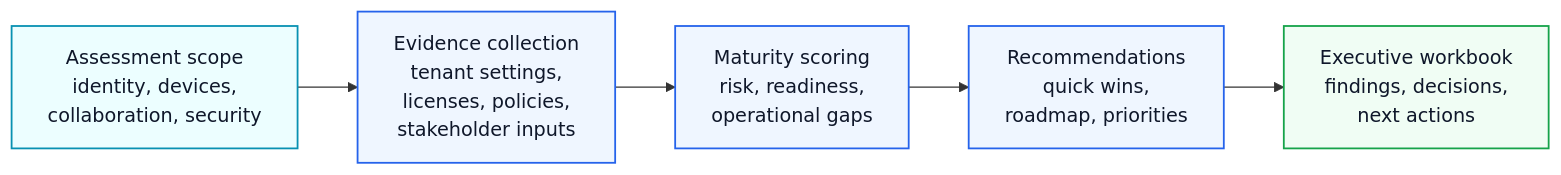
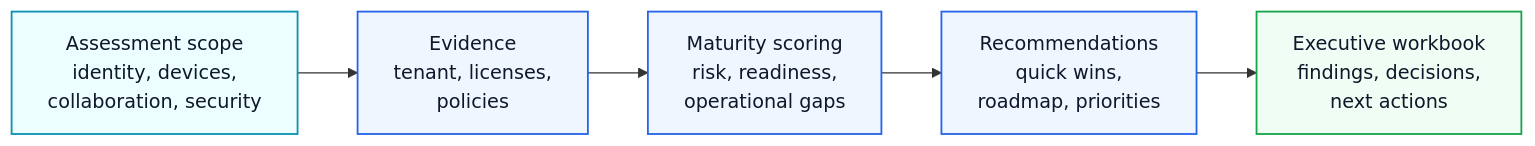
One commit to Eric841001/Eric841001.github.io changed the diagram in docs/downloads/m365-assessment-workbook.md. Above: the diagram before and after it, drawn with Mermaid. The commit also changed 6 other files, not shown here.

Commit message:
Extend GPT-5.6 adoption guidance and refine diagrams

````diff
--- a/docs/downloads/m365-assessment-workbook.md
+++ b/docs/downloads/m365-assessment-workbook.md
@@ -18,14 +18,14 @@
 ```mermaid
 flowchart LR
   Scope["Assessment scope<br/>identity, devices,<br/>collaboration, security"]:::input
-  Collect["Evidence collection<br/>tenant settings,<br/>licenses, policies,<br/>stakeholder inputs"]:::phase
+  Collect["Evidence<br/>tenant, licenses,<br/>policies"]:::phase
   Score["Maturity scoring<br/>risk, readiness,<br/>operational gaps"]:::phase
   Recommend["Recommendations<br/>quick wins,<br/>roadmap, priorities"]:::phase
   Handover["Executive workbook<br/>findings, decisions,<br/>next actions"]:::outcome
 
   Scope --> Collect --> Score --> Recommend --> Handover
 
   classDef input fill:#ecfeff,stroke:#0891b2,color:#0f172a,stroke-width:1.5px
   classDef phase fill:#eff6ff,stroke:#2563eb,color:#0f172a,stroke-width:1.5px
   classDef outcome fill:#f0fdf4,stroke:#16a34a,color:#0f172a,stroke-width:1.5px
 ```
````
